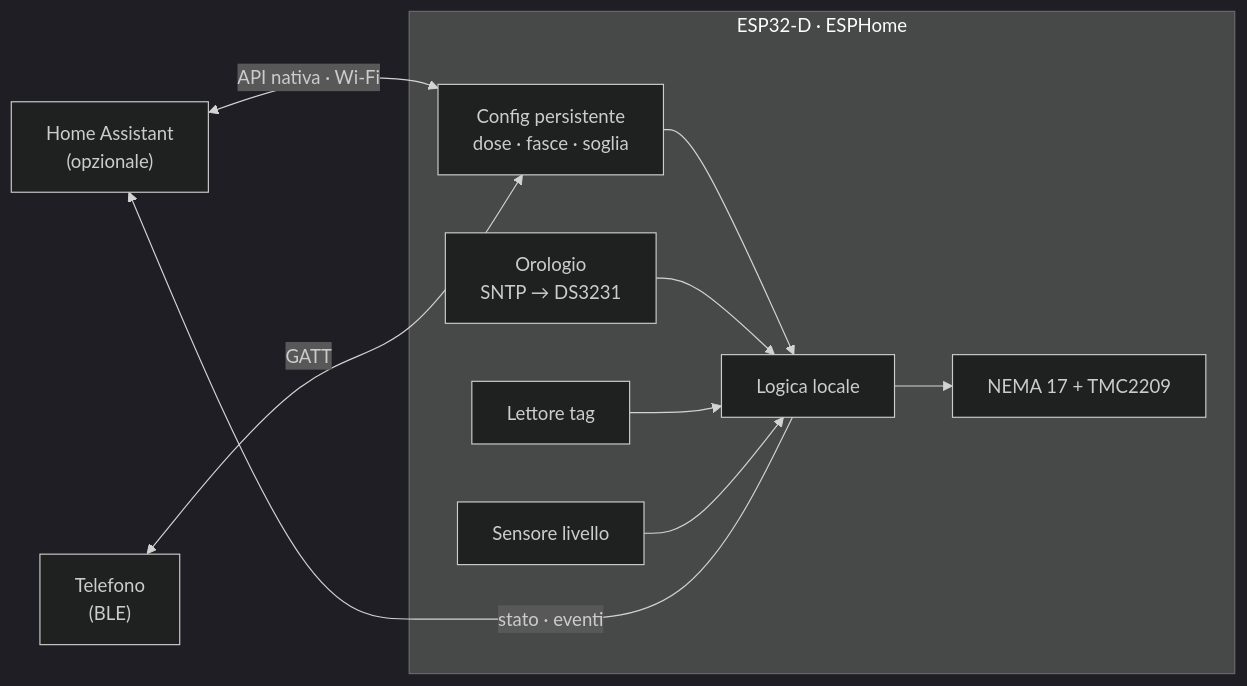
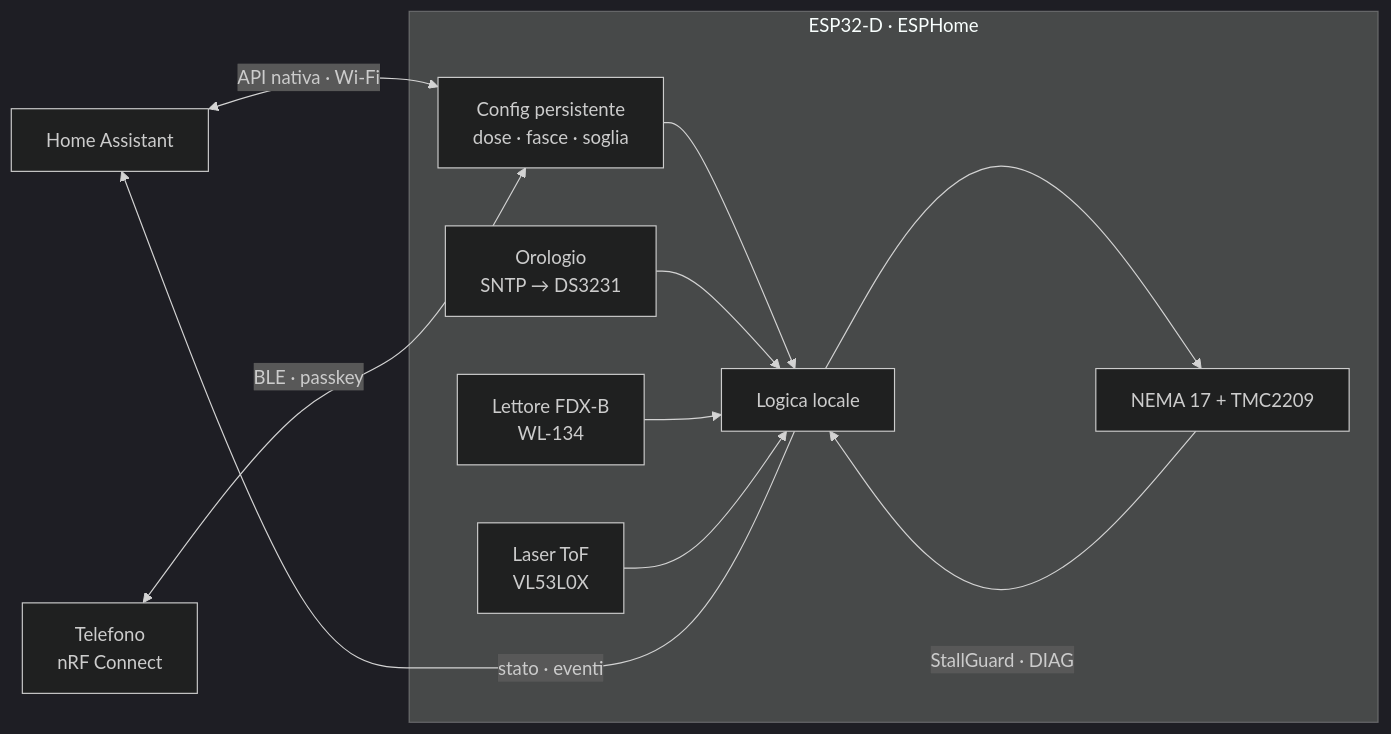
One commit to The90Frank/cat-feeder changed the first of 3 diagrams in docs/plan.md. Above: the diagram before and after it, drawn with Mermaid (dark theme). The commit also changed other lines of this file and 1 other file, not shown here.

````diff
--- a/docs/plan.md
+++ b/docs/plan.md
@@ -15,16 +16,17 @@
 ```mermaid
 flowchart LR
-    HA["Home Assistant<br/>(opzionale)"] <-- "API nativa · Wi-Fi" --> CFG
-    PH["Telefono<br/>(BLE)"] <-- "GATT" --> CFG
+    HA["Home Assistant"] <-- "API nativa · Wi-Fi" --> CFG
+    PH["Telefono<br/>nRF Connect"] <-- "BLE · passkey" --> CFG
     subgraph ESP["ESP32-D · ESPHome"]
         CFG["Config persistente<br/>dose · fasce · soglia"]
         CLK["Orologio<br/>SNTP → DS3231"]
         LOG["Logica locale"]
         CFG --> LOG
         CLK --> LOG
-        TAG["Lettore tag"] --> LOG
-        LVL["Sensore livello"] --> LOG
+        CHIP["Lettore FDX-B<br/>WL-134"] --> LOG
+        TOF["Laser ToF<br/>VL53L0X"] --> LOG
         LOG --> MOT["NEMA 17 + TMC2209"]
+        MOT -- "StallGuard · DIAG" --> LOG
     end
     LOG -- "stato · eventi" --> HA
 ```
````
